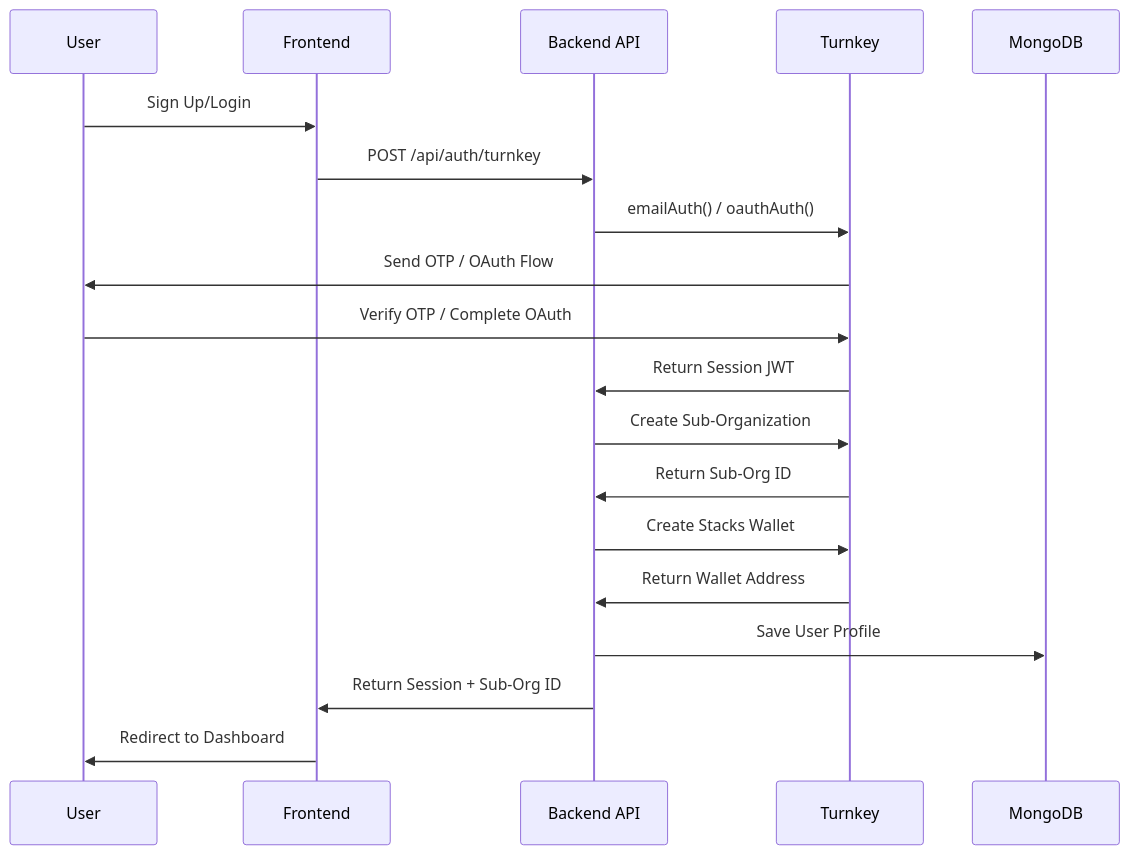
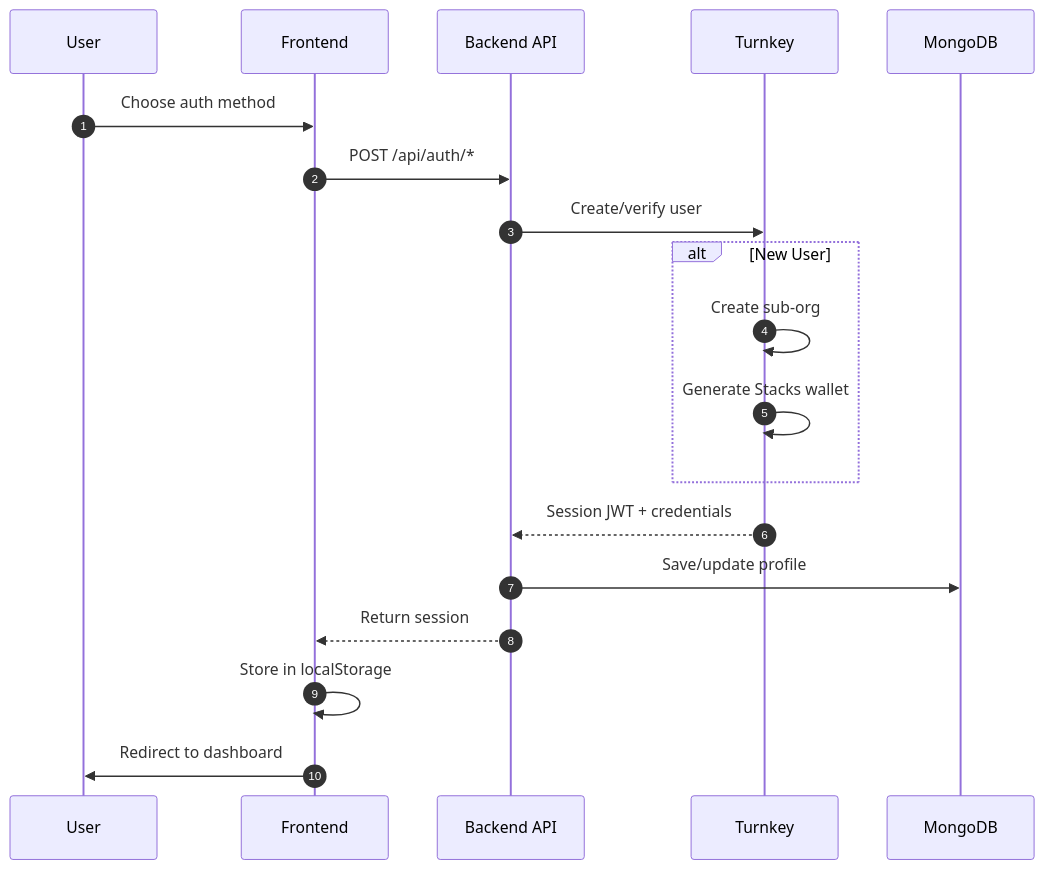
The fourth of 6 diagrams in README.md (Arowolokehinde/QuestFinance), drawn with Mermaid before and after one commit. The commit also changed other lines of this file and 10 other files, not shown here.

````diff
--- a/README.md
+++ b/README.md
@@ -441,22 +512,25 @@
 ```mermaid
 sequenceDiagram
-    participant U as User
-    participant F as Frontend
-    participant B as Backend API
-    participant T as Turnkey
-    participant M as MongoDB
+    autonumber
+    participant User
+    participant Frontend
+    participant API as Backend API
+    participant Turnkey
+    participant MongoDB
 
-    U->>F: Sign Up/Login
-    F->>B: POST /api/auth/turnkey
-    B->>T: emailAuth() / oauthAuth()
-    T->>U: Send OTP / OAuth Flow
-    U->>T: Verify OTP / Complete OAuth
-    T->>B: Return Session JWT
-    B->>T: Create Sub-Organization
-    T->>B: Return Sub-Org ID
-    B->>T: Create Stacks Wallet
-    T->>B: Return Wallet Address
-    B->>M: Save User Profile
-    B->>F: Return Session + Sub-Org ID
-    F->>U: Redirect to Dashboard
+    User->>Frontend: Choose auth method
+    Frontend->>API: POST /api/auth/*
+    API->>Turnkey: Create/verify user
+
+    alt New User
+        Turnkey->>Turnkey: Create sub-org
+        Turnkey->>Turnkey: Generate Stacks wallet
+    end
+
+    Turnkey-->>API: Session JWT + credentials
+    API->>MongoDB: Save/update profile
+    API-->>Frontend: Return session
+
+    Frontend->>Frontend: Store in localStorage
+    Frontend->>User: Redirect to dashboard
 ```
````
